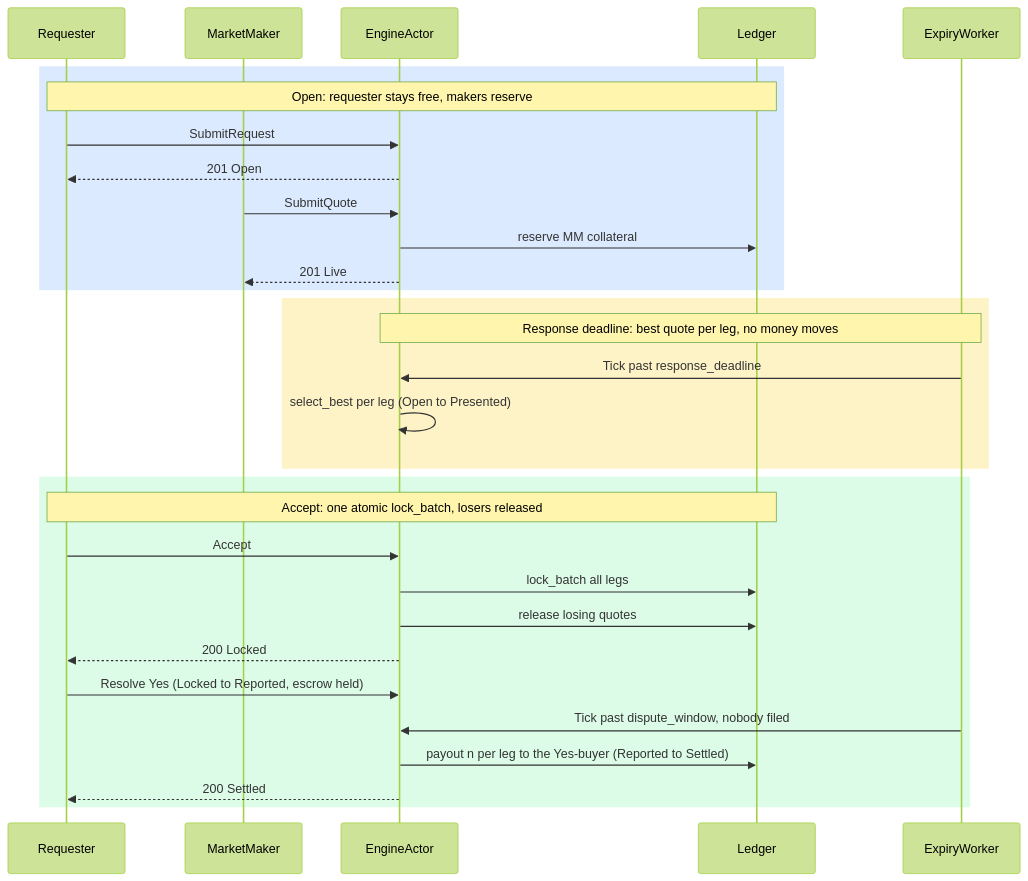
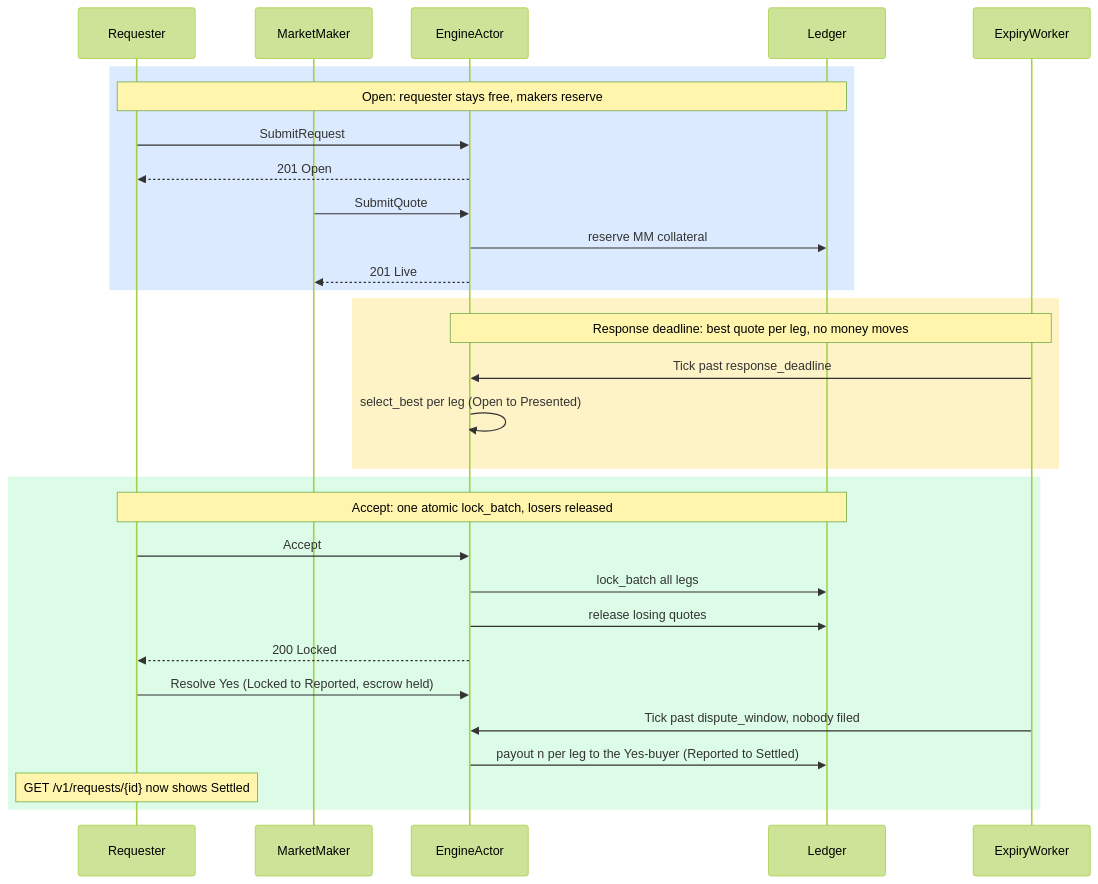
The second of 5 diagrams in docs/ARCHITECTURE.md (SwineCoder101/rfq-matching-settlement-engine), drawn with Mermaid (forest theme) before and after one commit. The commit also changed other lines of this file and 4 other files, not shown here.

````diff
--- a/docs/ARCHITECTURE.md
+++ b/docs/ARCHITECTURE.md
@@ -58,33 +72,33 @@
 ```mermaid
 sequenceDiagram
     participant Req as Requester
     participant MM as MarketMaker
     participant Eng as EngineActor
     participant Led as Ledger
     participant Tick as ExpiryWorker
 
     rect rgb(219, 234, 254)
         Note over Req,Led: Open: requester stays free, makers reserve
         Req->>Eng: SubmitRequest
         Eng-->>Req: 201 Open
         MM->>Eng: SubmitQuote
         Eng->>Led: reserve MM collateral
         Eng-->>MM: 201 Live
     end
     rect rgb(254, 243, 199)
         Note over Eng,Tick: Response deadline: best quote per leg, no money moves
         Tick->>Eng: Tick past response_deadline
         Eng->>Eng: select_best per leg (Open to Presented)
     end
     rect rgb(220, 252, 231)
         Note over Req,Led: Accept: one atomic lock_batch, losers released
         Req->>Eng: Accept
         Eng->>Led: lock_batch all legs
         Eng->>Led: release losing quotes
         Eng-->>Req: 200 Locked
         Req->>Eng: Resolve Yes (Locked to Reported, escrow held)
         Tick->>Eng: Tick past dispute_window, nobody filed
         Eng->>Led: payout n per leg to the Yes-buyer (Reported to Settled)
-        Eng-->>Req: 200 Settled
+        Note over Req: GET /v1/requests/{id} now shows Settled
     end
 ```
````
